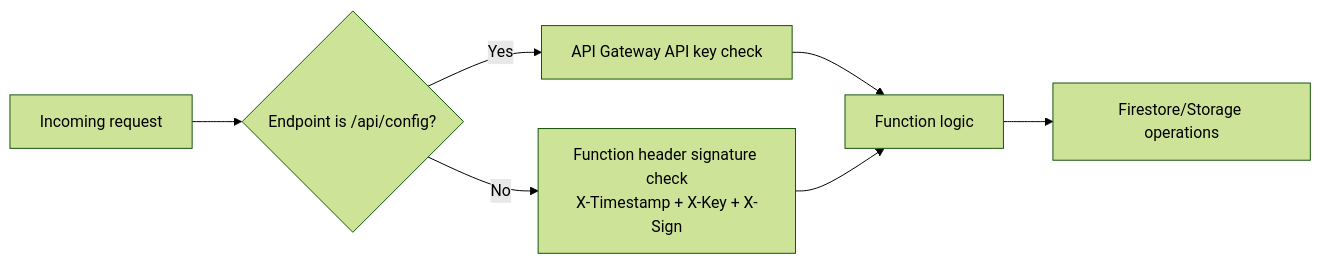
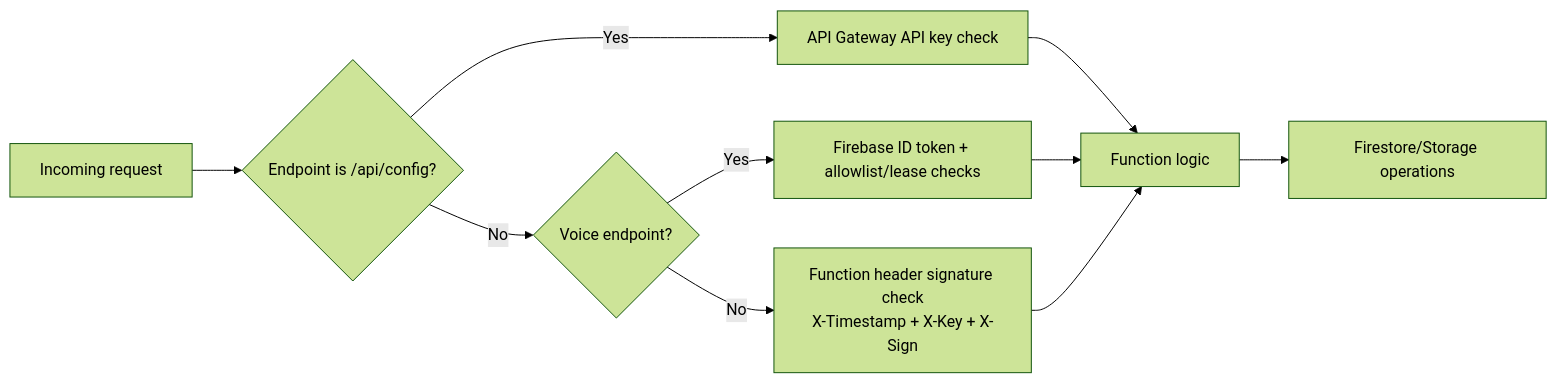
Before and after one commit to wongcyrus/LangBridgePresenter: the fourth of 7 diagrams in docs/BACKEND.md, drawn with Mermaid (forest theme). The commit also changed other lines of this file and 18 other files, not shown here.

First line of the commit message:
Implement proxy-only Gemini Live voice flow with lease auth

````diff
--- a/docs/BACKEND.md
+++ b/docs/BACKEND.md
@@ -130,9 +146,12 @@
 ```mermaid
 flowchart LR
     A[Incoming request] --> B{Endpoint is /api/config?}
     B -->|Yes| C[API Gateway API key check]
-    B -->|No| D[Function header signature check<br/>X-Timestamp + X-Key + X-Sign]
-    C --> E[Function logic]
-    D --> E
-    E --> F[Firestore/Storage operations]
+    B -->|No| D{Voice endpoint?}
+    D -->|Yes| E[Firebase ID token + allowlist/lease checks]
+    D -->|No| F[Function header signature check<br/>X-Timestamp + X-Key + X-Sign]
+    C --> G[Function logic]
+    E --> G
+    F --> G
+    G --> H[Firestore/Storage operations]
 ```
````
